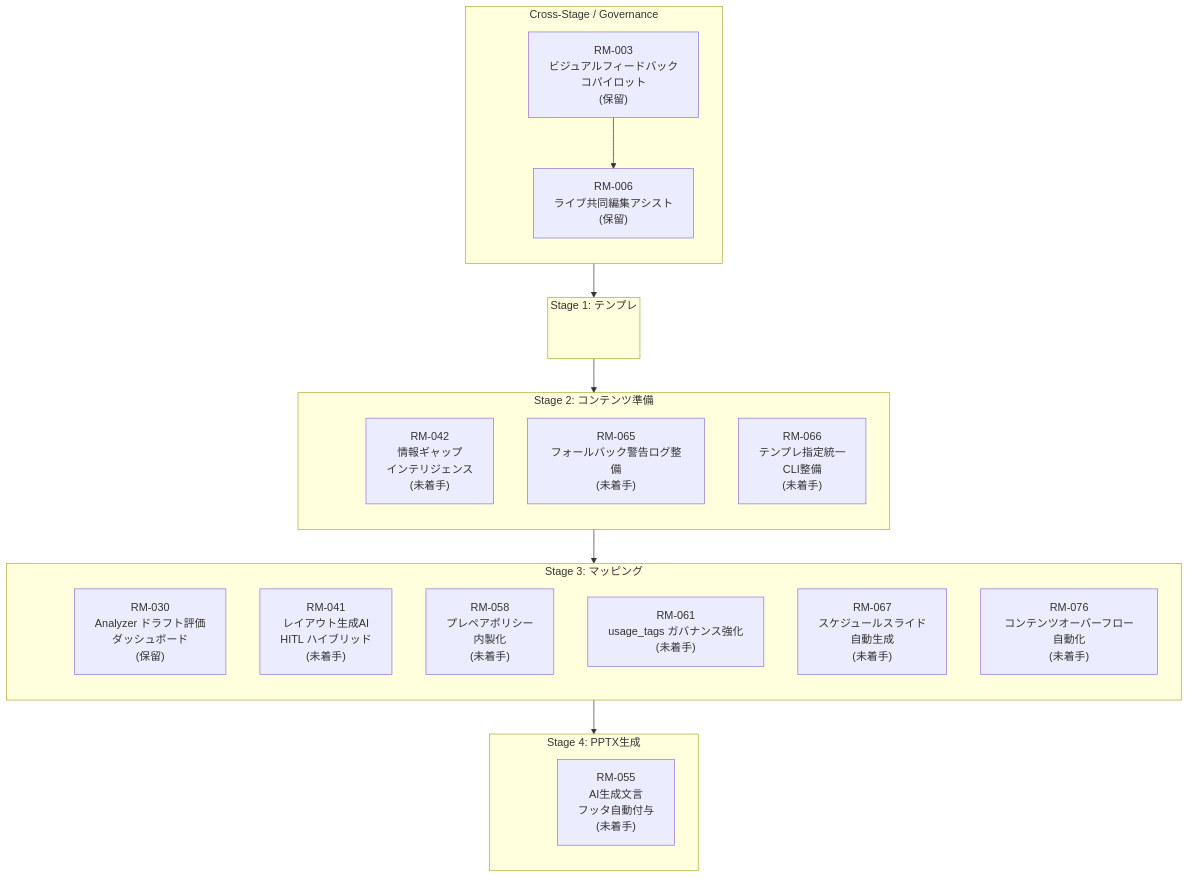
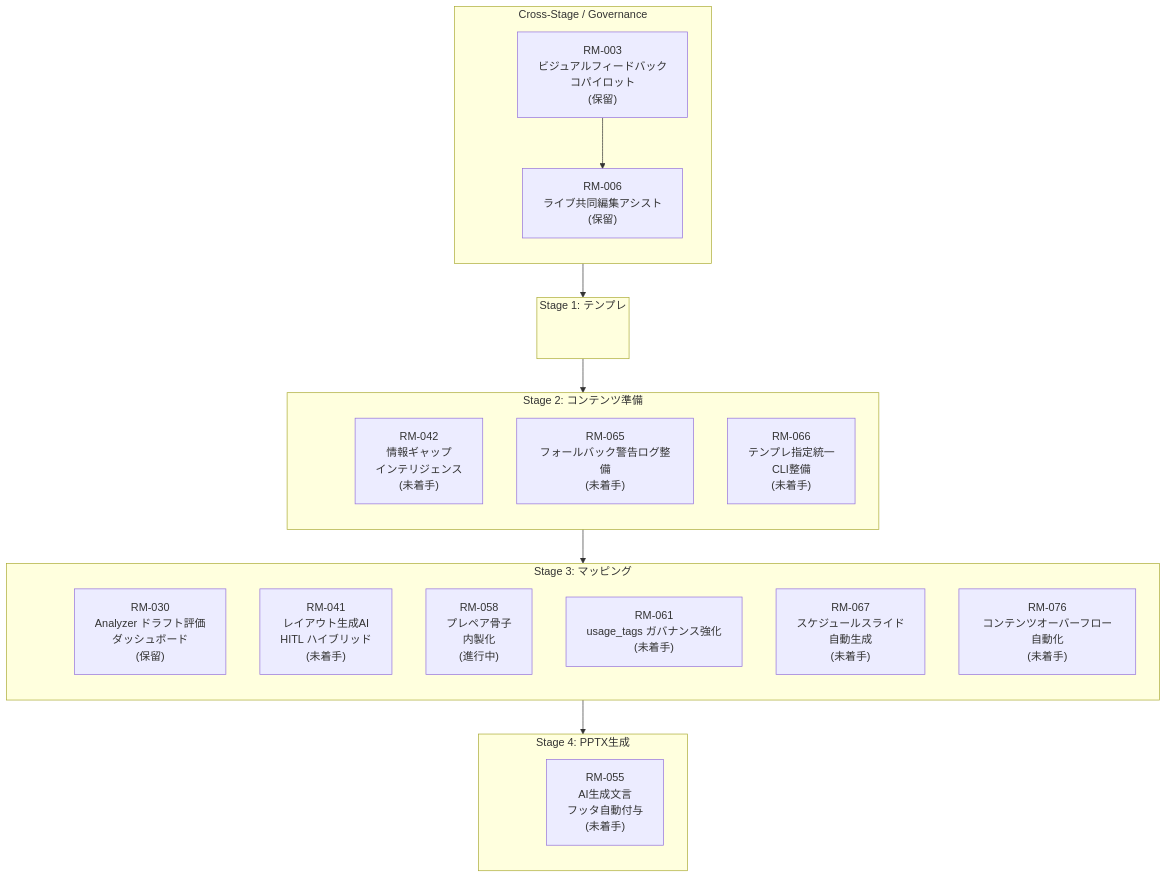
One commit to yurake/pptx_generator changed the diagram in docs/roadmap/roadmap.md. Above: the diagram before and after it, drawn with Mermaid. The commit also changed other lines of this file and 25 other files, not shown here.

````diff
--- a/docs/roadmap/roadmap.md
+++ b/docs/roadmap/roadmap.md
@@ -25,49 +25,49 @@
 ```mermaid
 flowchart TB
     subgraph GOV["Cross-Stage / Governance"]
         direction TB
         GOV_ANCHOR(( ))
         RM003["RM-003<br/>ビジュアルフィードバック<br/>コパイロット<br/>(保留)"]
         RM006["RM-006<br/>ライブ共同編集アシスト<br/>(保留)"]
     end
 
     subgraph ST1["Stage 1: テンプレ"]
         direction TB
         ST1_ANCHOR(( ))
     end
 
     subgraph ST2["Stage 2: コンテンツ準備"]
         direction TB
         ST2_ANCHOR(( ))
         RM042["RM-042<br/>情報ギャップ<br/>インテリジェンス<br/>(未着手)"]
         RM065["RM-065<br/>フォールバック警告ログ整備<br/>(未着手)"]
         RM066["RM-066<br/>テンプレ指定統一<br/>CLI整備<br/>(未着手)"]
     end
 
     subgraph ST3["Stage 3: マッピング"]
         direction TB
         ST3_ANCHOR(( ))
         RM030["RM-030<br/>Analyzer ドラフト評価<br/>ダッシュボード<br/>(保留)"]
         RM041["RM-041<br/>レイアウト生成AI<br/>HITL ハイブリッド<br/>(未着手)"]
-        RM058["RM-058<br/>プレペアポリシー<br/>内製化<br/>(未着手)"]
+        RM058["RM-058<br/>プレペア骨子<br/>内製化<br/>(進行中)"]
         RM061["RM-061<br/>usage_tags ガバナンス強化<br/>(未着手)"]
         RM067["RM-067<br/>スケジュールスライド<br/>自動生成<br/>(未着手)"]
         RM076["RM-076<br/>コンテンツオーバーフロー自動化<br/>(未着手)"]
     end
 
     subgraph ST4["Stage 4: PPTX生成"]
         direction TB
         ST4_ANCHOR(( ))
         RM055["RM-055<br/>AI生成文言<br/>フッタ自動付与<br/>(未着手)"]
     end
 
     style GOV_ANCHOR fill:transparent,stroke:transparent
     style ST1_ANCHOR fill:transparent,stroke:transparent
     style ST2_ANCHOR fill:transparent,stroke:transparent
     style ST3_ANCHOR fill:transparent,stroke:transparent
     style ST4_ANCHOR fill:transparent,stroke:transparent
 
     GOV_ANCHOR --> ST1_ANCHOR --> ST2_ANCHOR --> ST3_ANCHOR --> ST4_ANCHOR
 
     RM003 --> RM006
 ```
````
